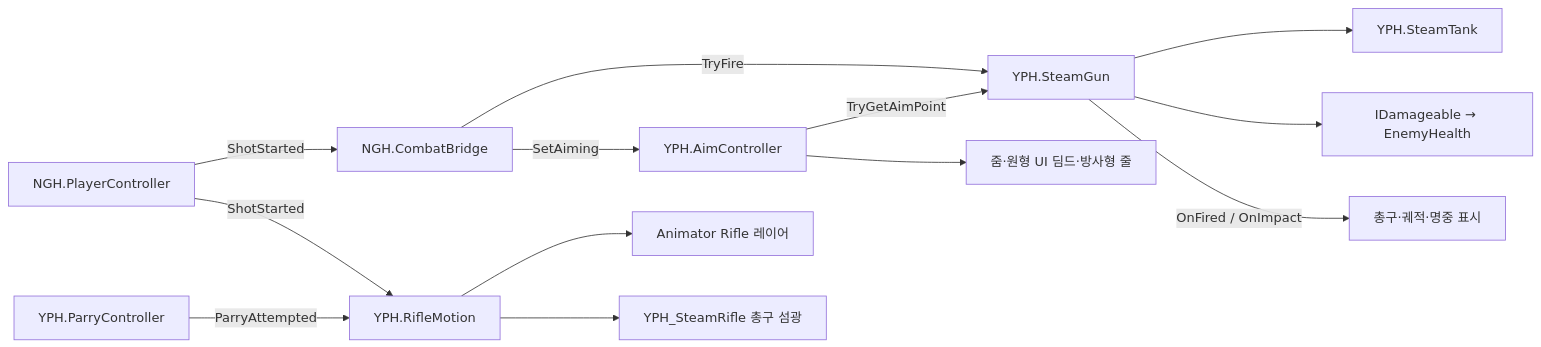
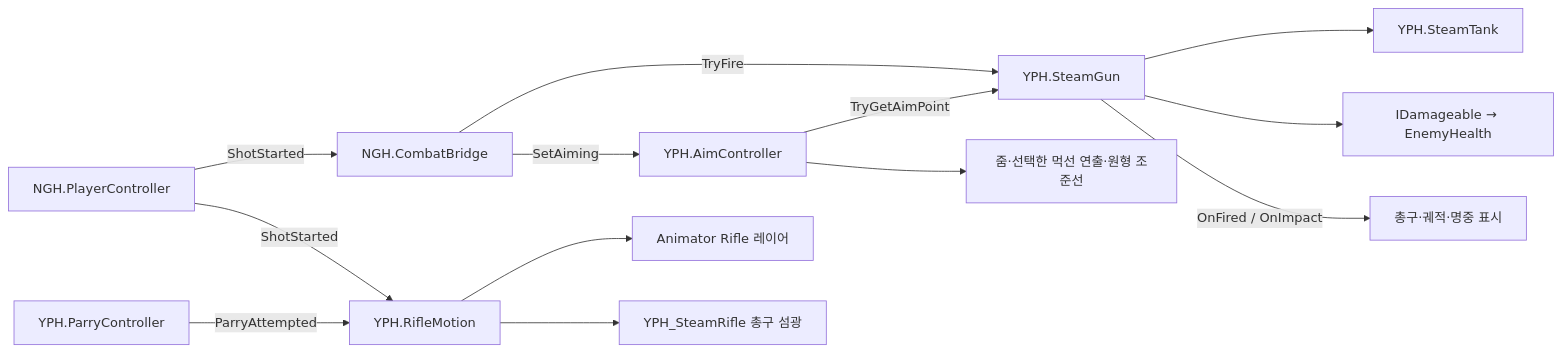
One commit to Shaun1667/Project-SteamAttack changed the diagram in SteamAttack/TeamWorkflow/Features/원거리무기.md. Above: the diagram before and after it, drawn with Mermaid. The commit also changed other lines of this file and 18 other files, not shown here.

````diff
--- a/SteamAttack/TeamWorkflow/Features/원거리무기.md
+++ b/SteamAttack/TeamWorkflow/Features/원거리무기.md
@@ -95,15 +100,15 @@
 ```mermaid
 flowchart LR
     PC[NGH.PlayerController] -- ShotStarted --> Bridge[NGH.CombatBridge]
     PC -- ShotStarted --> Motion[YPH.RifleMotion]
     Bridge -- TryFire --> Gun[YPH.SteamGun]
     Bridge -- SetAiming --> Aim[YPH.AimController]
     Aim -- TryGetAimPoint --> Gun
-    Aim --> Views[줌·원형 UI 딤드·방사형 줄]
+    Aim --> Views[줌·선택한 먹선 연출·원형 조준선]
     Gun --> Tank[YPH.SteamTank]
     Gun --> Target[IDamageable → EnemyHealth]
     Gun -- OnFired / OnImpact --> FX[총구·궤적·명중 표시]
     Parry[YPH.ParryController] -- ParryAttempted --> Motion
     Motion --> Anim[Animator Rifle 레이어]
     Motion --> Flash[YPH_SteamRifle 총구 섬광]
 ```
````
